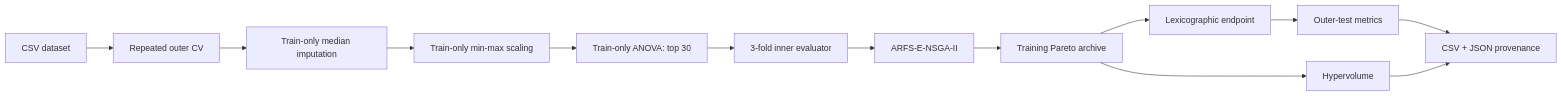
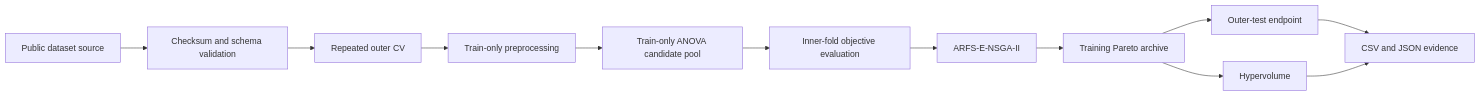
The diagram in README.md (kaiju123456x-gif/ARFS-E-NSGA-II), drawn with Mermaid before and after one commit. The commit also changed other lines of this file and 6 other files, not shown here.

````diff
--- a/README.md
+++ b/README.md
@@ -9,15 +24,14 @@
 ```mermaid
 flowchart LR
-    A[CSV dataset] --> B[Repeated outer CV]
-    B --> C[Train-only median imputation]
-    C --> D[Train-only min-max scaling]
-    D --> E[Train-only ANOVA: top 30]
-    E --> F[3-fold inner evaluator]
+    A[Public dataset source] --> B[Checksum and schema validation]
+    B --> C[Repeated outer CV]
+    C --> D[Train-only preprocessing]
+    D --> E[Train-only ANOVA candidate pool]
+    E --> F[Inner-fold objective evaluation]
     F --> G[ARFS-E-NSGA-II]
     G --> H[Training Pareto archive]
-    H --> I[Lexicographic endpoint]
-    I --> J[Outer-test metrics]
-    H --> K[Hypervolume]
-    J --> L[CSV + JSON provenance]
-    K --> L
+    H --> I[Outer-test endpoint]
+    H --> J[Hypervolume]
+    I --> K[CSV and JSON evidence]
+    J --> K
 ```
````
